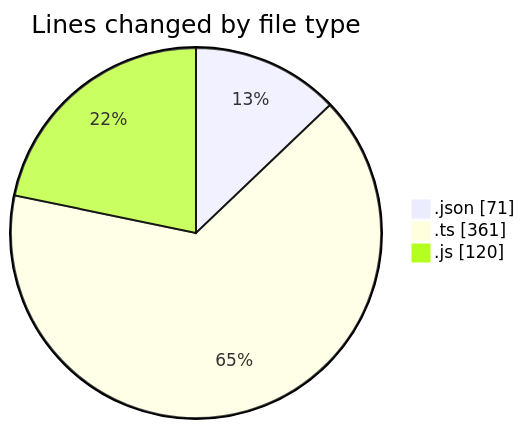
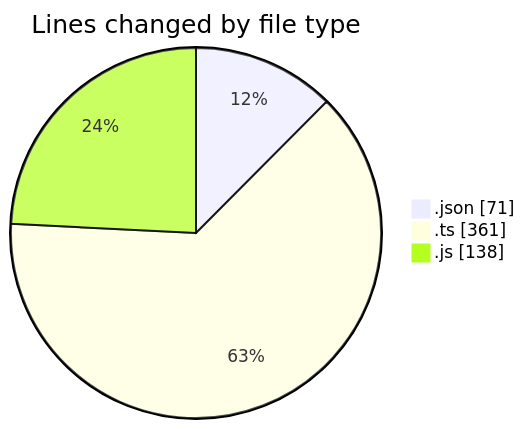
One commit to momahboobian/code-tracking changed the first of 2 diagrams in 2025-02-06/cda/README.md. Above: the diagram before and after it, drawn with Mermaid. The commit also changed other lines of this file and 1 other file, not shown here.

````diff
--- a/2025-02-06/cda/README.md
+++ b/2025-02-06/cda/README.md
@@ -26,7 +26,7 @@
 ```mermaid
 pie showData
 title Lines changed by file type
 ".json" : 71
 ".ts" : 361
-".js" : 120
+".js" : 138
 ```
````
